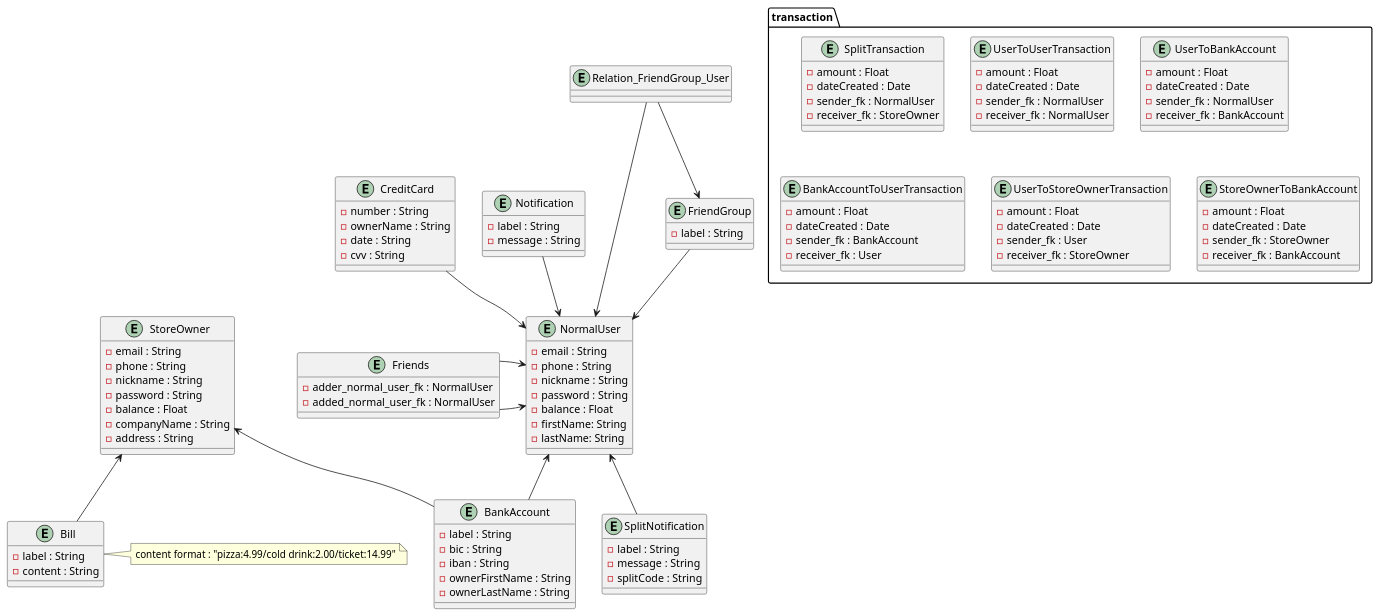
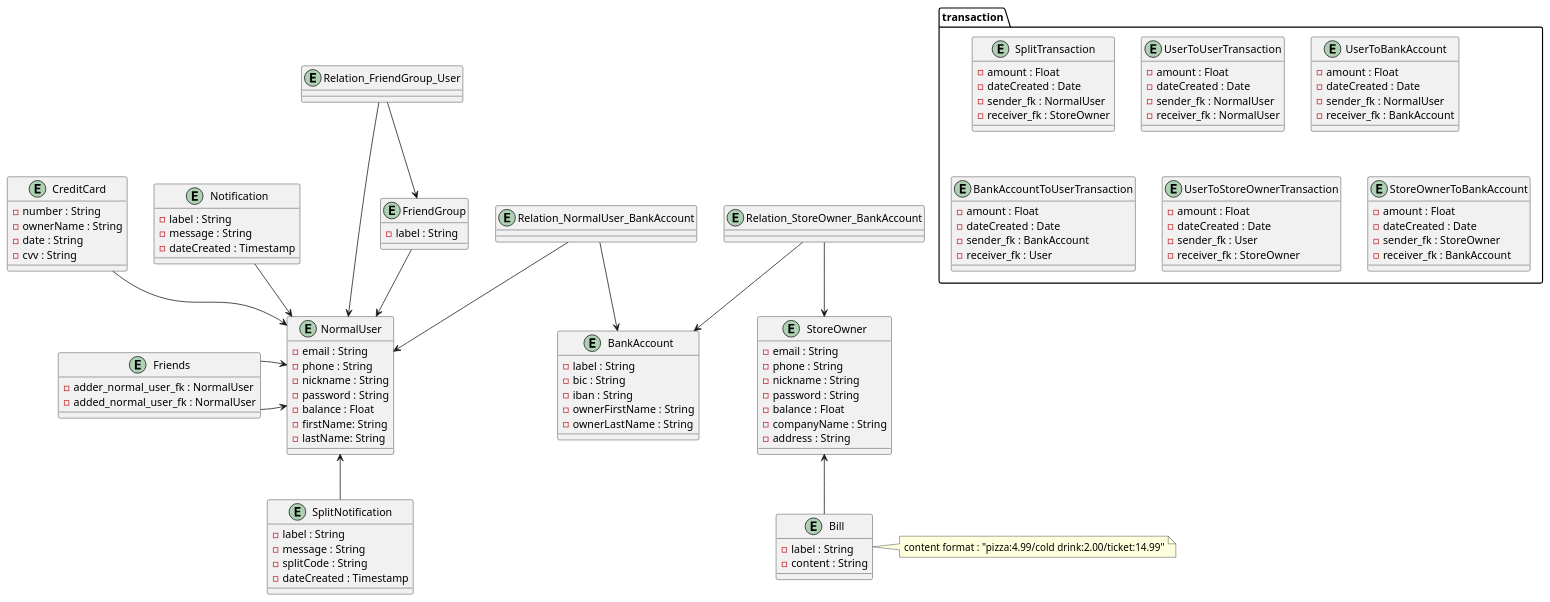
The diagram in documentation/database/mysql/mysql_db_class_diagram.puml (Julien-Wiegandt/SplitPay), drawn with PlantUML before and after one commit.

Commit message:
Added bank account relation tables

```diff
--- a/documentation/database/mysql/mysql_db_class_diagram.puml
+++ b/documentation/database/mysql/mysql_db_class_diagram.puml
@@ -1,135 +1,143 @@
 @startuml domain_analysis
 
 entity BankAccount {
   - label : String
   - bic : String
   - iban : String
   - ownerFirstName : String
   - ownerLastName : String
 }
 
 entity Bill {
   - label : String
   - content : String
 }
 
 note right of Bill
 content format : "pizza:4.99/cold drink:2.00/ticket:14.99"
 endnote
 
 
 entity Notification {
   - label : String
   - message : String
+  - dateCreated : Timestamp
 }
 
 entity SplitNotification {
     - label : String
     - message : String
     - splitCode : String
+    - dateCreated : Timestamp
 }
 
 entity FriendGroup {
   - label : String
 }
 
 entity CreditCard {
   - number : String
   - ownerName : String
   - date : String
   - cvv : String
 }
 
 entity NormalUser {
     - email : String
     - phone : String
     - nickname : String
     - password : String
     - balance : Float
     - firstName: String
     - lastName: String
 }
 
 entity StoreOwner {
     - email : String
     - phone : String
     - nickname : String
     - password : String
     - balance : Float
     - companyName : String
     - address : String
 }
 
 package transaction <<Folder>> {
 
     entity SplitTransaction{
         - amount : Float
         - dateCreated : Date
         - sender_fk : NormalUser
         - receiver_fk : StoreOwner
     }
 
     entity UserToUserTransaction {
         - amount : Float
         - dateCreated : Date
         - sender_fk : NormalUser
         - receiver_fk : NormalUser
         }
 
 
     entity UserToBankAccount {
         - amount : Float
         - dateCreated : Date
         - sender_fk : NormalUser
         - receiver_fk : BankAccount
     }
 
     entity BankAccountToUserTransaction{
         - amount : Float
         - dateCreated : Date
         - sender_fk : BankAccount
         - receiver_fk : User
     }
 
     entity UserToStoreOwnerTransaction {
         - amount : Float
         - dateCreated : Date
         - sender_fk : User
         - receiver_fk : StoreOwner
     }
 
     entity StoreOwnerToBankAccount {
         - amount : Float
         - dateCreated : Date
         - sender_fk : StoreOwner
         - receiver_fk : BankAccount
     }
 }
 
 entity Relation_FriendGroup_User{
 
 }
 
 entity Friends {
     - adder_normal_user_fk : NormalUser
     - added_normal_user_fk : NormalUser
 }
 
+entity Relation_StoreOwner_BankAccount {}
+entity Relation_NormalUser_BankAccount {}
+
+Relation_StoreOwner_BankAccount --> StoreOwner
+Relation_StoreOwner_BankAccount --> BankAccount
+
+Relation_NormalUser_BankAccount --> NormalUser
+Relation_NormalUser_BankAccount --> BankAccount
+
 Relation_FriendGroup_User --> FriendGroup
 Relation_FriendGroup_User --> NormalUser
-
-NormalUser <-- BankAccount
-StoreOwner <-- BankAccount
 
 NormalUser <-up- Notification
 NormalUser <--  SplitNotification
 NormalUser <-up- CreditCard
 
 Friends -> NormalUser
 Friends -> NormalUser
 
 
 FriendGroup -->  NormalUser
 StoreOwner  <-- Bill
 
 @enduml
```
